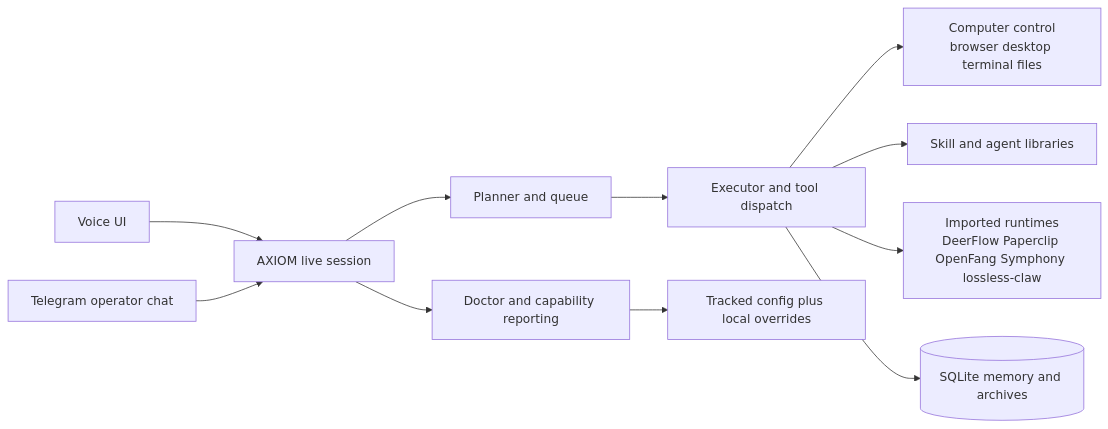
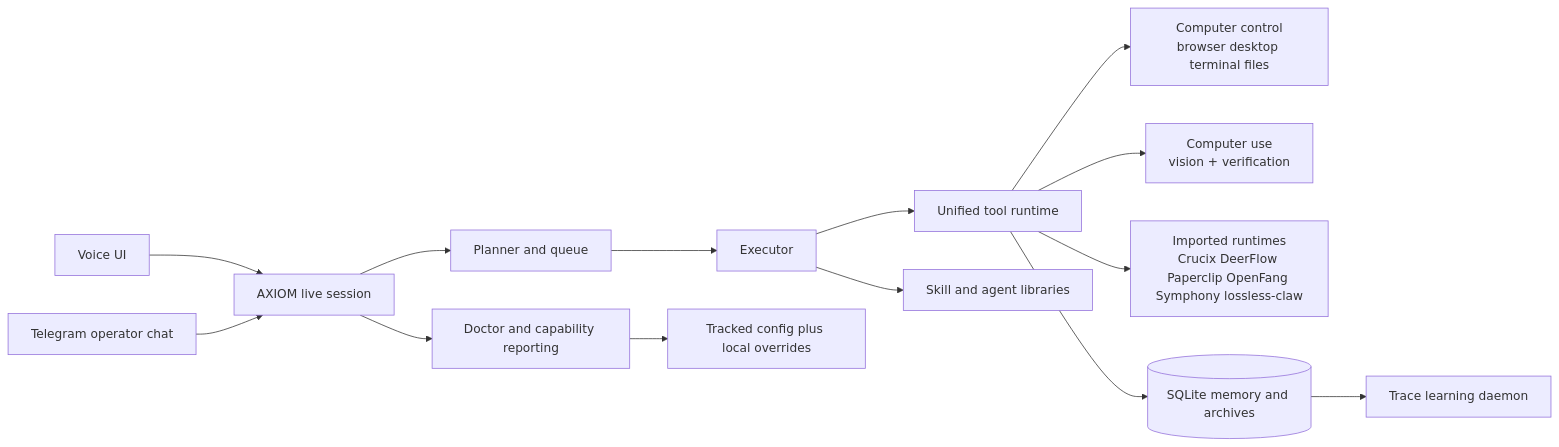
One commit to moyesrex-ops/Axiom changed the first of 4 diagrams in README.md. Above: the diagram before and after it, drawn with Mermaid. The commit also changed other lines of this file and 21 other files, not shown here.

Commit message:
Unify tool runtime and add learning plus Crucix integration

````diff
--- a/README.md
+++ b/README.md
@@ -71,13 +80,16 @@
 ```mermaid
 flowchart LR
     V[Voice UI] --> R[AXIOM live session]
     T[Telegram operator chat] --> R
     R --> P[Planner and queue]
-    P --> E[Executor and tool dispatch]
-    E --> C[Computer control<br/>browser desktop terminal files]
+    P --> E[Executor]
+    E --> TR[Unified tool runtime]
+    TR --> C[Computer control<br/>browser desktop terminal files]
+    TR --> CU[Computer use<br/>vision + verification]
     E --> L[Skill and agent libraries]
-    E --> I[Imported runtimes<br/>DeerFlow Paperclip OpenFang Symphony lossless-claw]
-    E --> M[(SQLite memory and archives)]
+    TR --> I[Imported runtimes<br/>Crucix DeerFlow Paperclip OpenFang Symphony lossless-claw]
+    TR --> M[(SQLite memory and archives)]
+    M --> LD[Trace learning daemon]
     R --> D[Doctor and capability reporting]
     D --> CFG[Tracked config plus local overrides]
 ```
````
